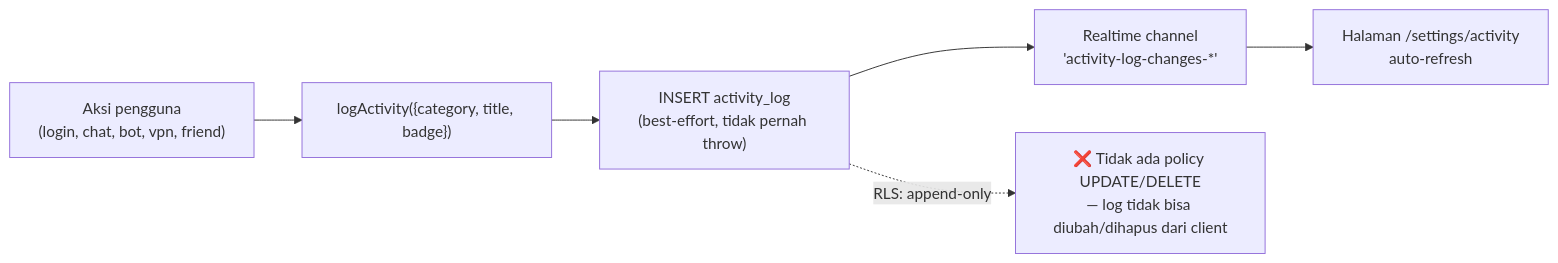
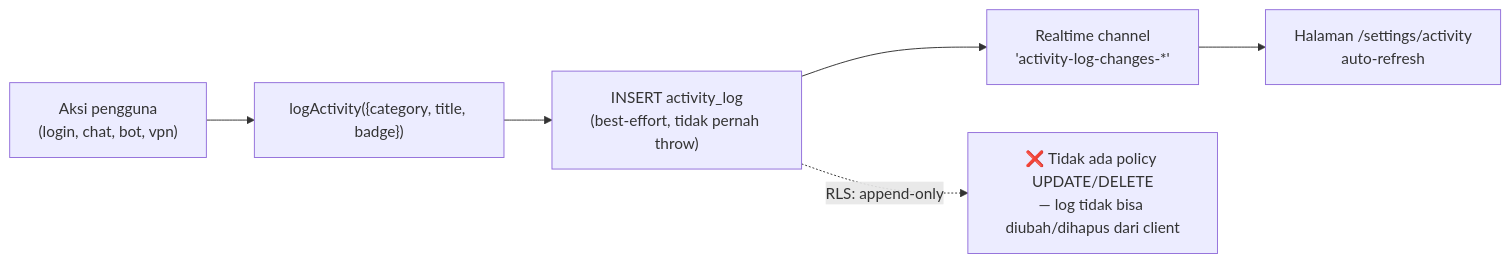
Before and after one commit to Khoirul-Yardan/PROJECT-MOBILE-APP: the tenth of 12 diagrams in docs/diagram-alur.md, drawn with Mermaid. The commit also changed other lines of this file, not shown here.

Commit message:
docs: update diagram-alur.md to reflect Friend System removal and new Bot BPJS export flow

````diff
--- a/docs/diagram-alur.md
+++ b/docs/diagram-alur.md
@@ -478,8 +449,8 @@
 ```mermaid
 flowchart LR
-    Action["Aksi pengguna\n(login, chat, bot, vpn, friend)"] --> LogCall["logActivity({category, title, badge})"]
+    Action["Aksi pengguna\n(login, chat, bot, vpn)"] --> LogCall["logActivity({category, title, badge})"]
     LogCall --> Insert["INSERT activity_log\n(best-effort, tidak pernah throw)"]
     Insert --> RT["Realtime channel\n'activity-log-changes-*'"]
     RT --> ViewUpdate["Halaman /settings/activity\nauto-refresh"]
     Insert -.->|RLS: append-only| NoUpdate["❌ Tidak ada policy UPDATE/DELETE\n— log tidak bisa diubah/dihapus dari client"]
 ```
````
